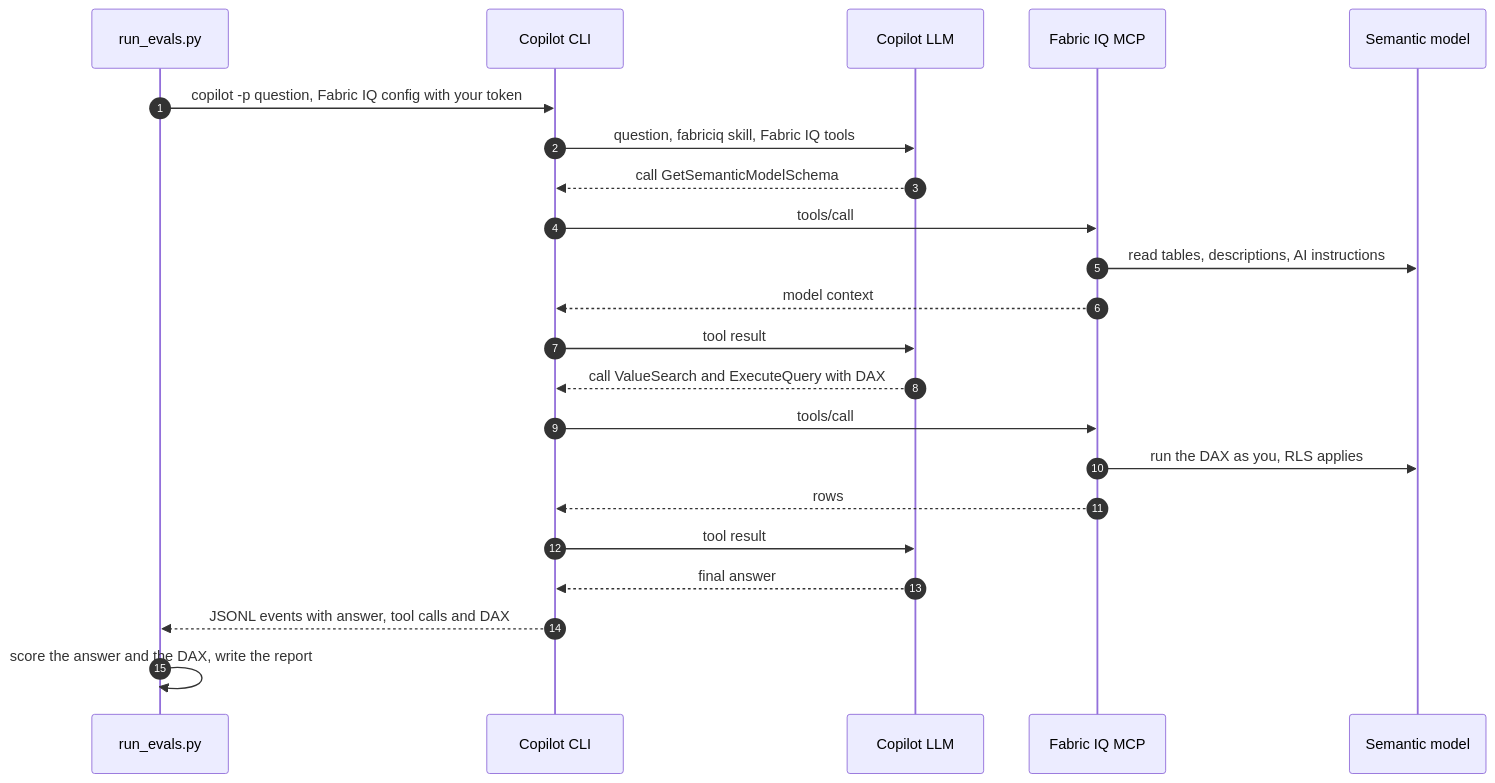
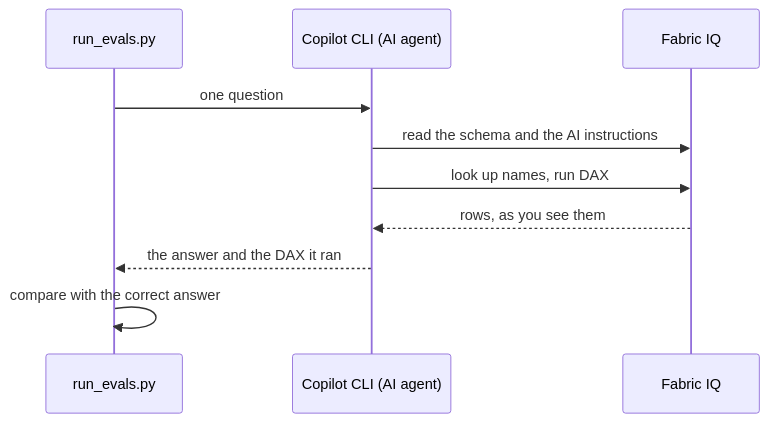
Before and after one commit to CassandraOfTroy/fabric-semantic-model-data-agent-labs: the diagram in lab-03-ai-readiness-evals/eval/README.md, drawn with Mermaid. The commit also changed 2 other files, not shown here.

Commit message:
Lab 3: simplify the architecture and how it works
- README: explain the evaluation as a quiz with two paths (checks without
  AI, and the AI quiz), a five-box diagram, a real graded question with the
  DAX the agent ran, and a short "what you need" list that says why each
  tool is there, including Skills for Fabric
- use-on-your-model.md: same two-path wording, a "Needed for" column for
  the tools on your machine
- eval/README.md: one-question sequence diagram in six steps

Docs only; no code changes.

````diff
--- a/lab-03-ai-readiness-evals/eval/README.md
+++ b/lab-03-ai-readiness-evals/eval/README.md
@@ -90,24 +90,12 @@
 ```mermaid
 sequenceDiagram
-    autonumber
     participant R as run_evals.py
-    participant C as Copilot CLI
-    participant L as Copilot LLM
-    participant F as Fabric IQ MCP
-    participant M as Semantic model
-    R->>C: copilot -p question, Fabric IQ config with your token
-    C->>L: question, fabriciq skill, Fabric IQ tools
-    L-->>C: call GetSemanticModelSchema
-    C->>F: tools/call
-    F->>M: read tables, descriptions, AI instructions
-    F-->>C: model context
-    C->>L: tool result
-    L-->>C: call ValueSearch and ExecuteQuery with DAX
-    C->>F: tools/call
-    F->>M: run the DAX as you, RLS applies
-    F-->>C: rows
-    C->>L: tool result
-    L-->>C: final answer
-    C-->>R: JSONL events with answer, tool calls and DAX
-    R->>R: score the answer and the DAX, write the report
+    participant C as Copilot CLI (AI agent)
+    participant F as Fabric IQ
+    R->>C: one question
+    C->>F: read the schema and the AI instructions
+    C->>F: look up names, run DAX
+    F-->>C: rows, as you see them
+    C-->>R: the answer and the DAX it ran
+    R->>R: compare with the correct answer
 ```
````
